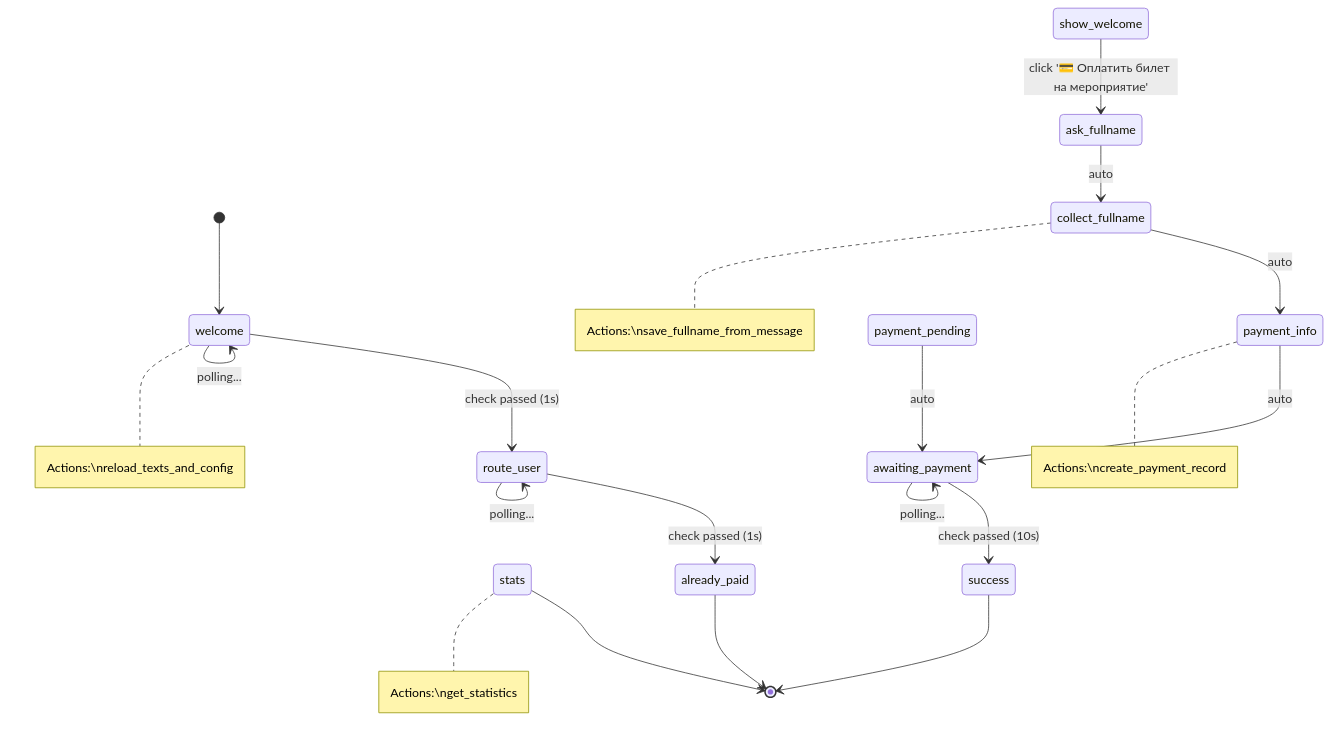
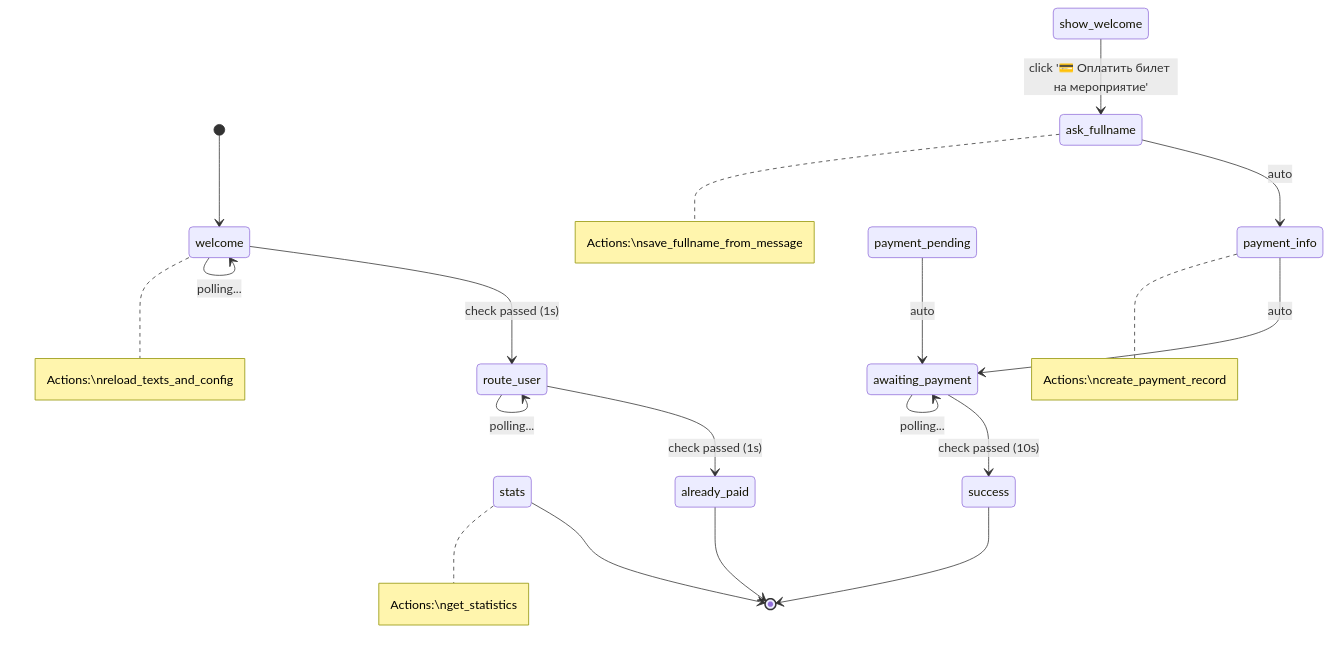
One commit to Jacke/meetping changed the diagram in docs/payment_flow.md. Above: the diagram before and after it, drawn with Mermaid. The commit also changed 5 other files, not shown here.

Commit message:
chore(structure): add flow chart for bots 2

````diff
--- a/docs/payment_flow.md
+++ b/docs/payment_flow.md
@@ -3,30 +3,29 @@
 ```mermaid
 stateDiagram-v2
     [*] --> welcome
     welcome --> route_user: check passed (1s)
     welcome --> welcome: polling...
     note right of welcome
         Actions:\nreload_texts_and_config
     end note
     route_user --> already_paid: check passed (1s)
     route_user --> route_user: polling...
     show_welcome --> ask_fullname: click '💳 Оплатить билет на мероприятие'
-    ask_fullname --> collect_fullname: auto
-    collect_fullname --> payment_info: auto
-    note right of collect_fullname
+    ask_fullname --> payment_info: auto
+    note right of ask_fullname
         Actions:\nsave_fullname_from_message
     end note
     payment_pending --> awaiting_payment: auto
     already_paid --> [*]
     payment_info --> awaiting_payment: auto
     note right of payment_info
         Actions:\ncreate_payment_record
     end note
     awaiting_payment --> success: check passed (10s)
     awaiting_payment --> awaiting_payment: polling...
     success --> [*]
     stats --> [*]
     note right of stats
         Actions:\nget_statistics
     end note
 ```
````
